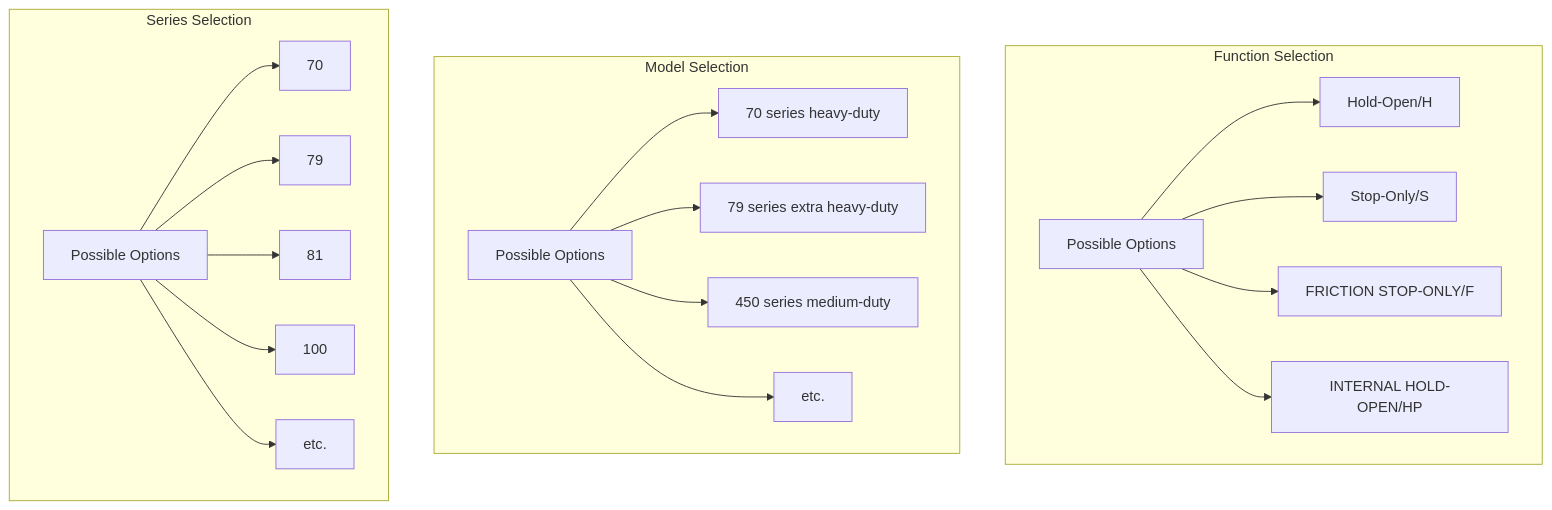
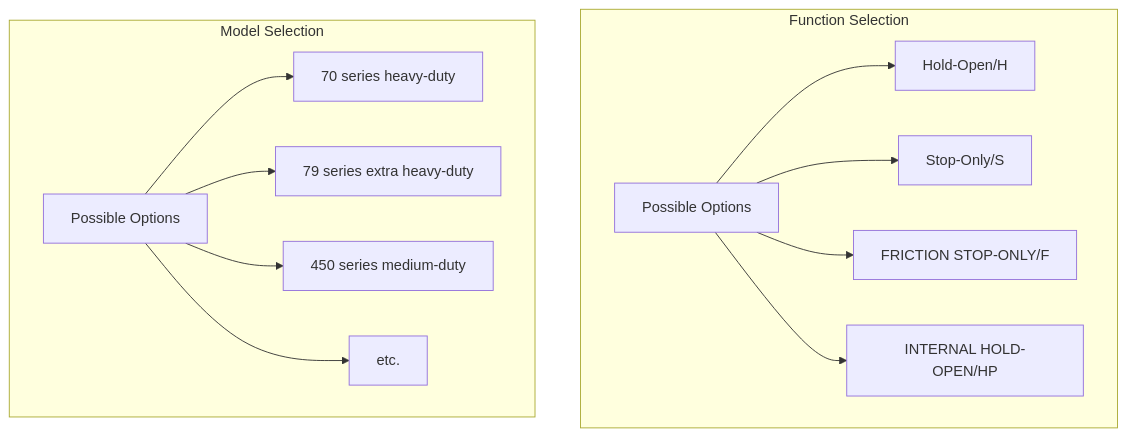
One commit to alokdas81/diamond-pricebook-diagram changed the second of 23 diagrams in README.md. Above: the diagram before and after it, drawn with Mermaid. The commit also changed other lines of this file and 2 other files, not shown here.

````diff
--- a/README.md
+++ b/README.md
@@ -161,46 +181,33 @@
 ```mermaid
 graph TB
 
 
 subgraph Function Selection
 D[Possible Options]
 E[Hold-Open/H]
 F[Stop-Only/S]
 H[FRICTION STOP-ONLY/F]
 K[INTERNAL HOLD-OPEN/HP]
 end
 
 subgraph Model Selection
 A[Possible Options]
 B[70 series heavy-duty]
 C[79 series extra heavy-duty]
 I[450 series medium-duty]
 L[etc.]
 end
 
-subgraph Series Selection
-G[Possible Options]
-70
-79
-81
-100
-J[etc.]
-end
 
 A --> B
 A --> C
 A --> I
 A --> L
 
 D --> E
 D --> F
 D --> H
 D --> K
 
-G --> 70
-G --> 79
-G --> 81
-G --> 100
-G --> J
 
 ```
````
